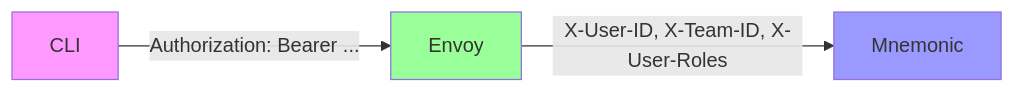
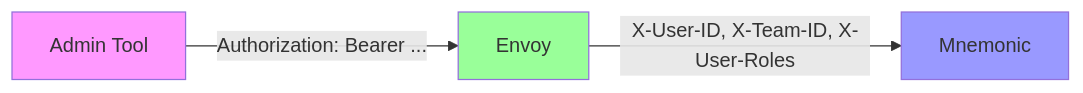
The seventh of 10 diagrams in docs/architecture/06-security-architecture.md (twistingmercury/mnemonic-mcp), drawn with Mermaid before and after one commit. The commit also changed other lines of this file and 63 other files, not shown here.

````diff
--- a/docs/architecture/06-security-architecture.md
+++ b/docs/architecture/06-security-architecture.md
@@ -359,9 +372,9 @@
 ```mermaid
 graph LR
-    CLI[CLI] -->|"Authorization: Bearer ..."| ENV[Envoy]
+    ADMIN[Admin Tool] -->|"Authorization: Bearer ..."| ENV[Envoy]
     ENV -->|"X-User-ID, X-Team-ID, X-User-Roles"| MN[Mnemonic]
 
-    style CLI fill:#f9f
+    style ADMIN fill:#f9f
     style ENV fill:#9f9
     style MN fill:#99f
 ```
````
